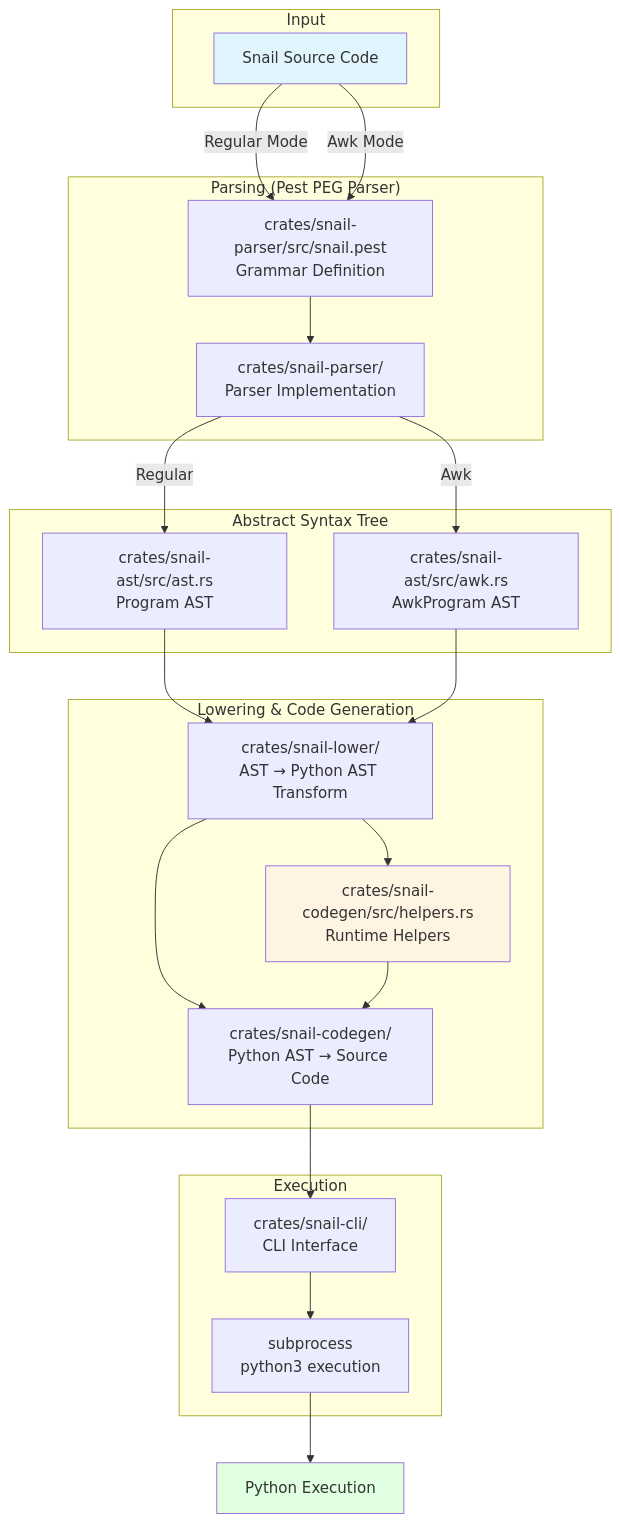
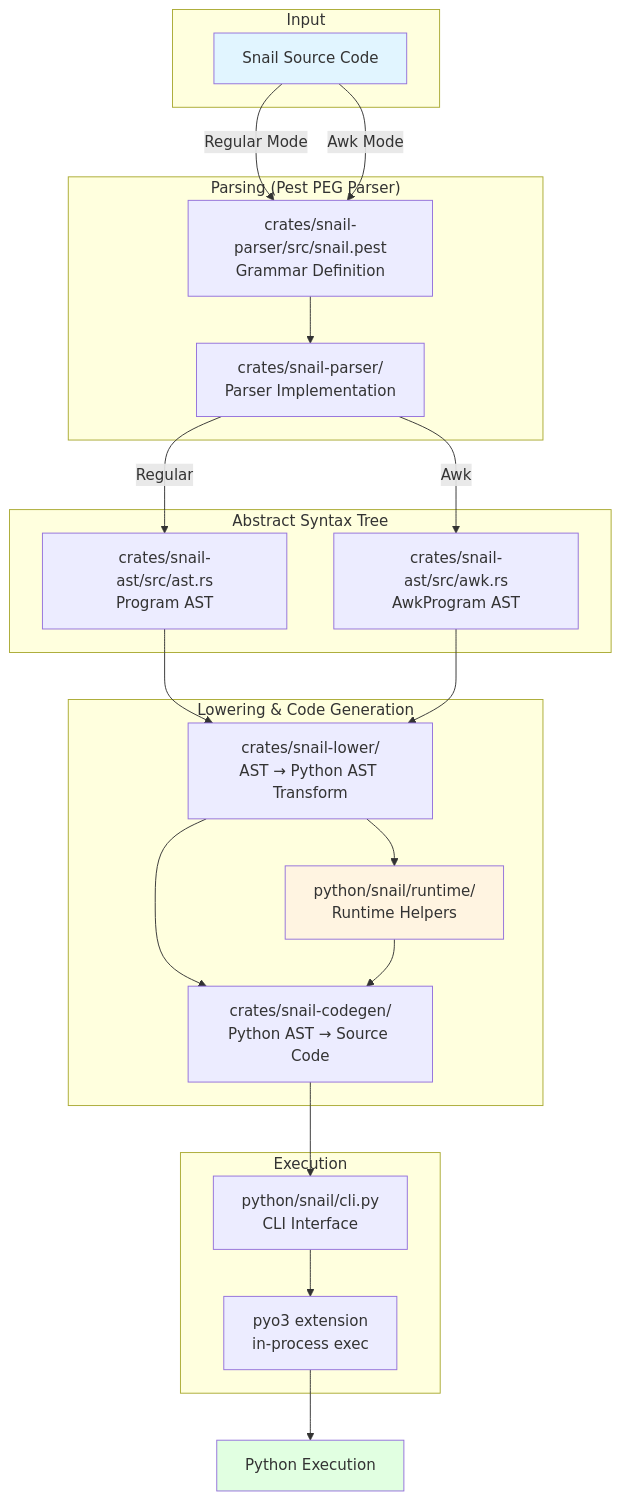
The diagram in README.md (sudonym1/snail), drawn with Mermaid before and after one commit. The commit also changed other lines of this file and 43 other files, not shown here.

First line of the commit message:
Switch to python-first CLI with pyo3

````diff
--- a/README.md
+++ b/README.md
@@ -158,45 +155,45 @@
 ```mermaid
 flowchart TB
     subgraph Input
         A[Snail Source Code]
     end
 
     subgraph Parsing["Parsing (Pest PEG Parser)"]
         B1[crates/snail-parser/src/snail.pest<br/>Grammar Definition]
         B2[crates/snail-parser/<br/>Parser Implementation]
     end
 
     subgraph AST["Abstract Syntax Tree"]
         C1[crates/snail-ast/src/ast.rs<br/>Program AST]
         C2[crates/snail-ast/src/awk.rs<br/>AwkProgram AST]
     end
 
     subgraph Lowering["Lowering & Code Generation"]
         D1[crates/snail-lower/<br/>AST → Python AST Transform]
-        D2[crates/snail-codegen/src/helpers.rs<br/>Runtime Helpers]
+        D2[python/snail/runtime/<br/>Runtime Helpers]
         D3[crates/snail-codegen/<br/>Python AST → Source Code]
     end
 
     subgraph Execution
-        E1[crates/snail-cli/<br/>CLI Interface]
-        E2[subprocess<br/>python3 execution]
+        E1[python/snail/cli.py<br/>CLI Interface]
+        E2[pyo3 extension<br/>in-process exec]
     end
 
     A -->|Regular Mode| B1
     A -->|Awk Mode| B1
     B1 --> B2
     B2 -->|Regular| C1
     B2 -->|Awk| C2
     C1 --> D1
     C2 --> D1
     D1 --> D2
     D1 --> D3
     D2 --> D3
     D3 --> E1
     E1 --> E2
     E2 --> F[Python Execution]
 
     style A fill:#e1f5ff
     style F fill:#e1ffe1
     style D2 fill:#fff4e1
 ```
````
